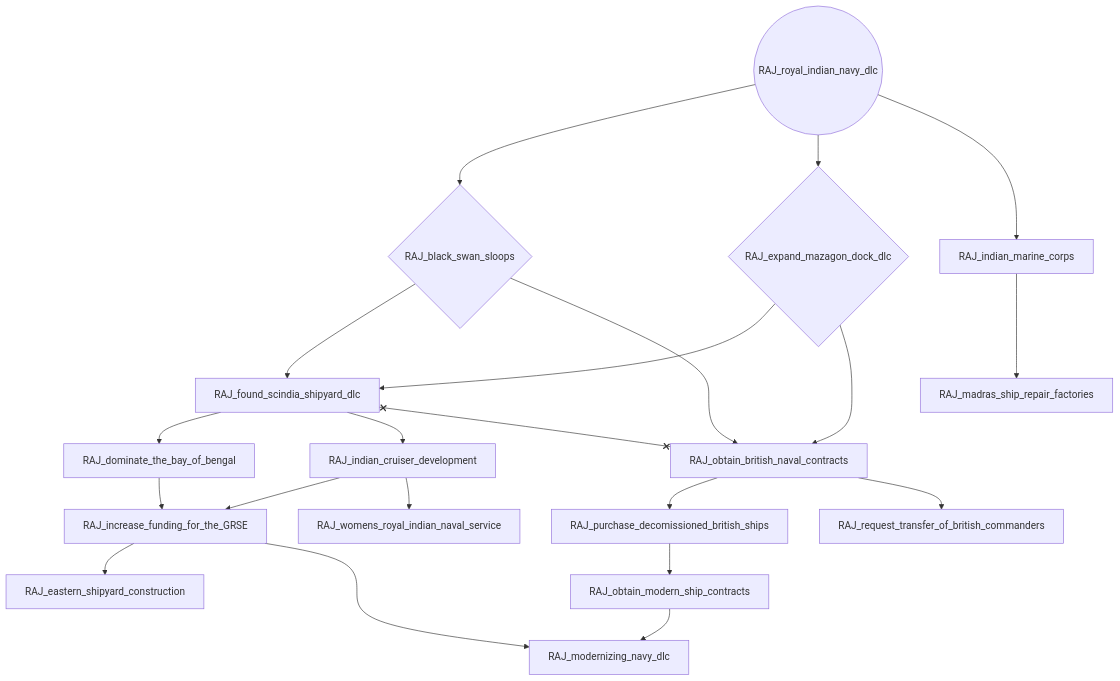
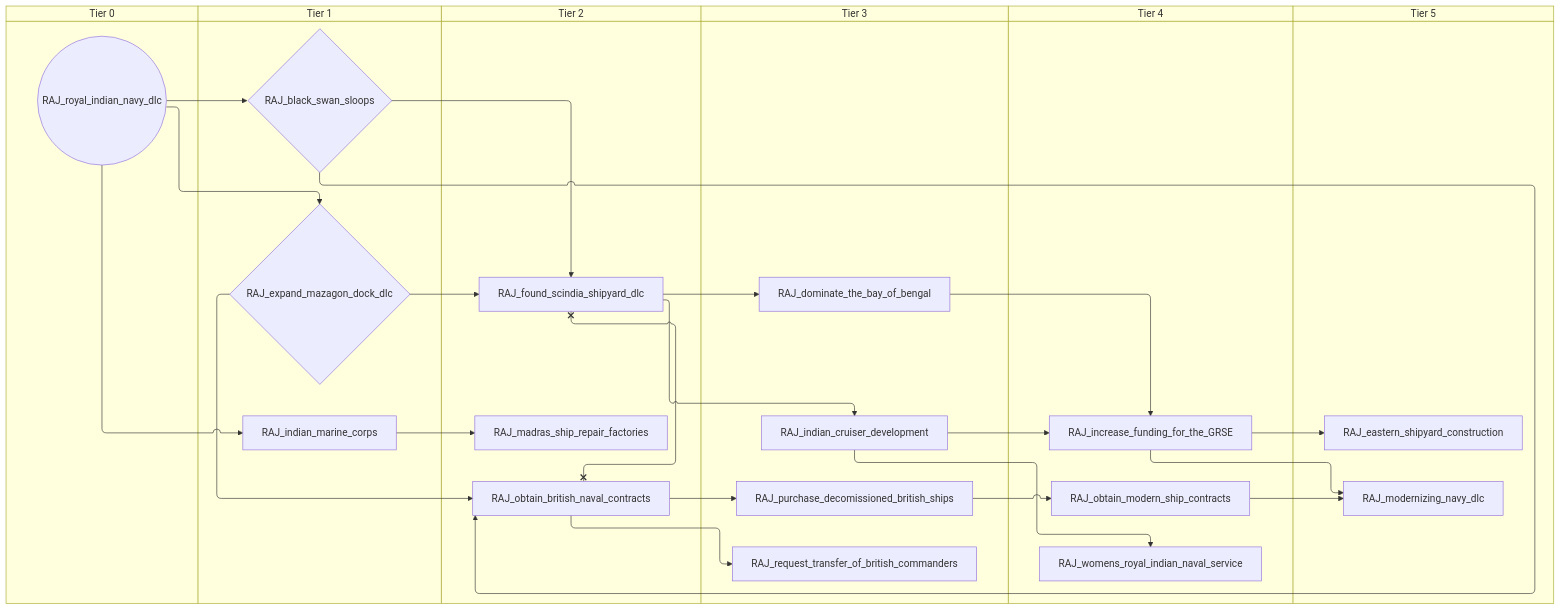
Diagram 13 of 13 in docs/gdd/National Focuses/india_goe.md (evgeny-sobol/hoi4-sandbox-mode), drawn with Mermaid before and after one commit. The commit also changed other lines of this file and 80 other files, not shown here.

First line of the commit message:
Add swimlane mode to focus graph exporter

````diff
--- a/docs/gdd/National Focuses/india_goe.md
+++ b/docs/gdd/National Focuses/india_goe.md
@@ -1040,39 +1204,51 @@
 ```mermaid
-flowchart TD
-    n397{"RAJ_black_swan_sloops"}
-    n398["RAJ_dominate_the_bay_of_bengal"]
-    n399["RAJ_eastern_shipyard_construction"]
-    n400{"RAJ_expand_mazagon_dock_dlc"}
-    n401["RAJ_found_scindia_shipyard_dlc"]
-    n402["RAJ_increase_funding_for_the_GRSE"]
-    n403["RAJ_indian_cruiser_development"]
-    n404["RAJ_indian_marine_corps"]
-    n405["RAJ_madras_ship_repair_factories"]
-    n406["RAJ_modernizing_navy_dlc"]
-    n407["RAJ_obtain_british_naval_contracts"]
-    n408["RAJ_obtain_modern_ship_contracts"]
-    n409["RAJ_purchase_decomissioned_british_ships"]
-    n410["RAJ_request_transfer_of_british_commanders"]
-    n411(("RAJ_royal_indian_navy_dlc"))
-    n412["RAJ_womens_royal_indian_naval_service"]
-    n411 --> n397
-    n401 --> n398
-    n402 --> n399
-    n411 --> n400
-    n397 --> n401
-    n400 --> n401
-    n398 --> n402
-    n403 --> n402
-    n401 --> n403
-    n411 --> n404
-    n404 --> n405
-    n408 --> n406
-    n402 --> n406
-    n397 --> n407
-    n400 --> n407
-    n409 --> n408
-    n407 --> n409
-    n407 --> n410
-    n403 --> n412
-    n401 x--x n407
+swimlane-beta TD
+    subgraph tier_0["Tier 0"]
+        n397(("RAJ_royal_indian_navy_dlc"))
+    end
+    subgraph tier_1["Tier 1"]
+        n398{"RAJ_black_swan_sloops"}
+        n399{"RAJ_expand_mazagon_dock_dlc"}
+        n400["RAJ_indian_marine_corps"]
+    end
+    subgraph tier_2["Tier 2"]
+        n401["RAJ_found_scindia_shipyard_dlc"]
+        n402["RAJ_madras_ship_repair_factories"]
+        n403["RAJ_obtain_british_naval_contracts"]
+    end
+    subgraph tier_3["Tier 3"]
+        n404["RAJ_dominate_the_bay_of_bengal"]
+        n405["RAJ_indian_cruiser_development"]
+        n406["RAJ_purchase_decomissioned_british_ships"]
+        n407["RAJ_request_transfer_of_british_commanders"]
+    end
+    subgraph tier_4["Tier 4"]
+        n408["RAJ_increase_funding_for_the_GRSE"]
+        n409["RAJ_obtain_modern_ship_contracts"]
+        n410["RAJ_womens_royal_indian_naval_service"]
+    end
+    subgraph tier_5["Tier 5"]
+        n411["RAJ_eastern_shipyard_construction"]
+        n412["RAJ_modernizing_navy_dlc"]
+    end
+    n397 --> n398
+    n401 --> n404
+    n408 --> n411
+    n397 --> n399
+    n398 --> n401
+    n399 --> n401
+    n404 --> n408
+    n405 --> n408
+    n401 --> n405
+    n397 --> n400
+    n400 --> n402
+    n409 --> n412
+    n408 --> n412
+    n398 --> n403
+    n399 --> n403
+    n406 --> n409
+    n403 --> n406
+    n403 --> n407
+    n405 --> n410
+    n401 x--x n403
 ```
````
